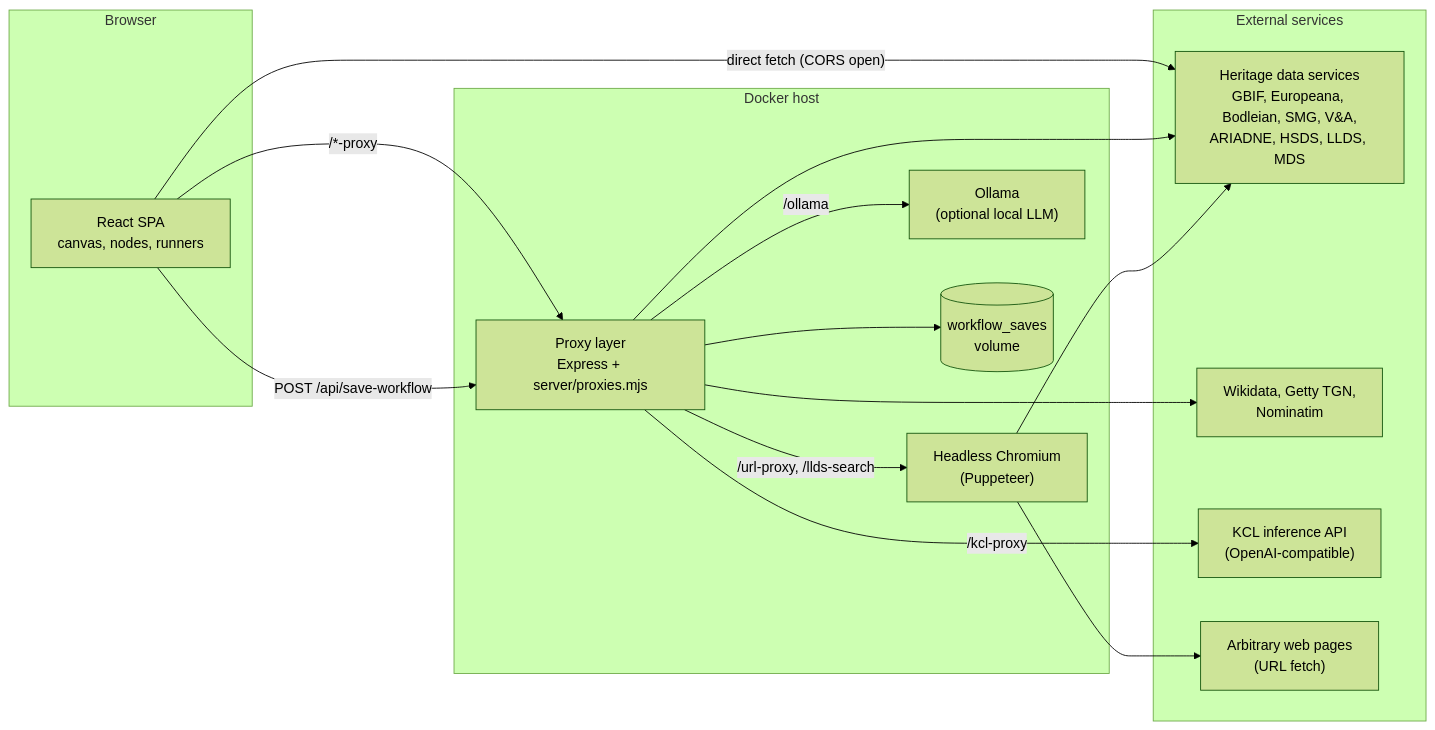
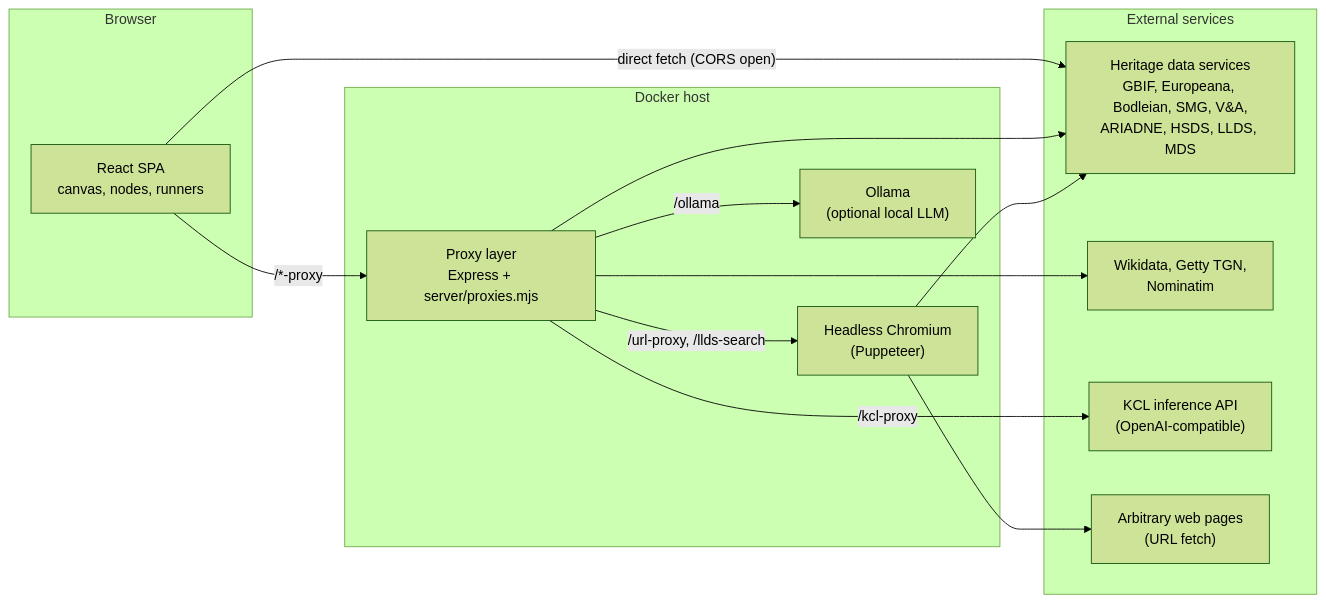
The first of 14 diagrams in docs/architecture.md (kingsdigitallab/nfcs-poc), drawn with Mermaid (forest theme) before and after one commit. The commit also changed other lines of this file and 8 other files, not shown here.

````diff
--- a/docs/architecture.md
+++ b/docs/architecture.md
@@ -29,29 +29,26 @@
 ```mermaid
 flowchart LR
   subgraph Browser["Browser"]
     SPA["React SPA<br/>canvas, nodes, runners"]
   end
   subgraph Host["Docker host"]
     PX["Proxy layer<br/>Express + server/proxies.mjs"]
     CH["Headless Chromium<br/>(Puppeteer)"]
     OL["Ollama<br/>(optional local LLM)"]
-    VOL[("workflow_saves<br/>volume")]
   end
   subgraph Ext["External services"]
     DS["Heritage data services<br/>GBIF, Europeana, Bodleian, SMG, V&A,<br/>ARIADNE, HSDS, LLDS, MDS"]
     WD["Wikidata, Getty TGN,<br/>Nominatim"]
     KCL["KCL inference API<br/>(OpenAI-compatible)"]
     WEB["Arbitrary web pages<br/>(URL fetch)"]
   end
   SPA -->|"/*-proxy"| PX
   SPA -->|"direct fetch (CORS open)"| DS
   PX --> DS
   PX --> WD
   PX -->|"/kcl-proxy"| KCL
   PX -->|"/ollama"| OL
   PX -->|"/url-proxy, /llds-search"| CH
   CH --> WEB
   CH --> DS
-  SPA -->|"POST /api/save-workflow"| PX
-  PX --> VOL
 ```
````
